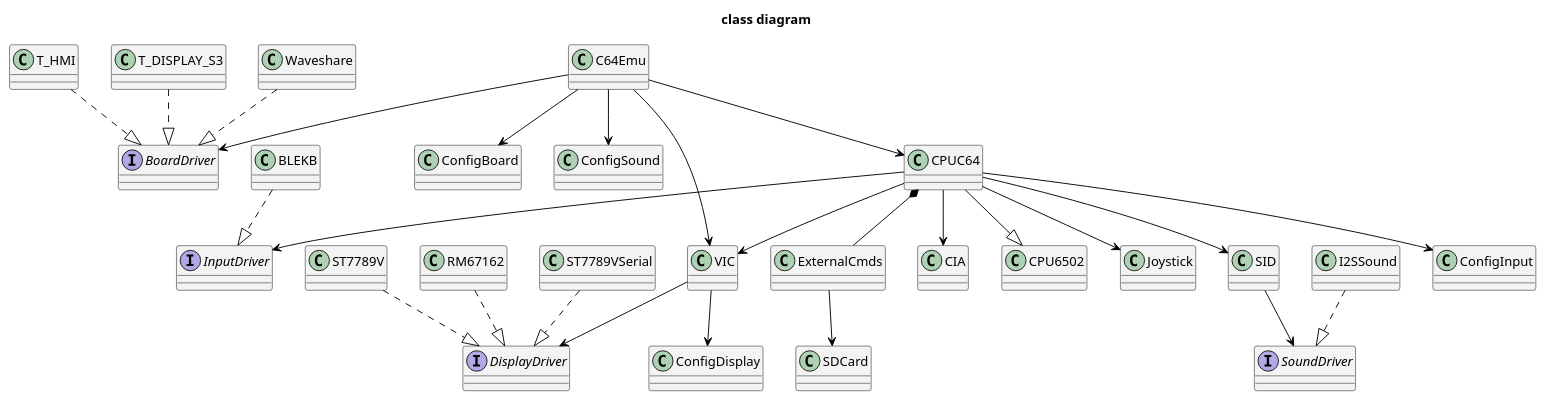
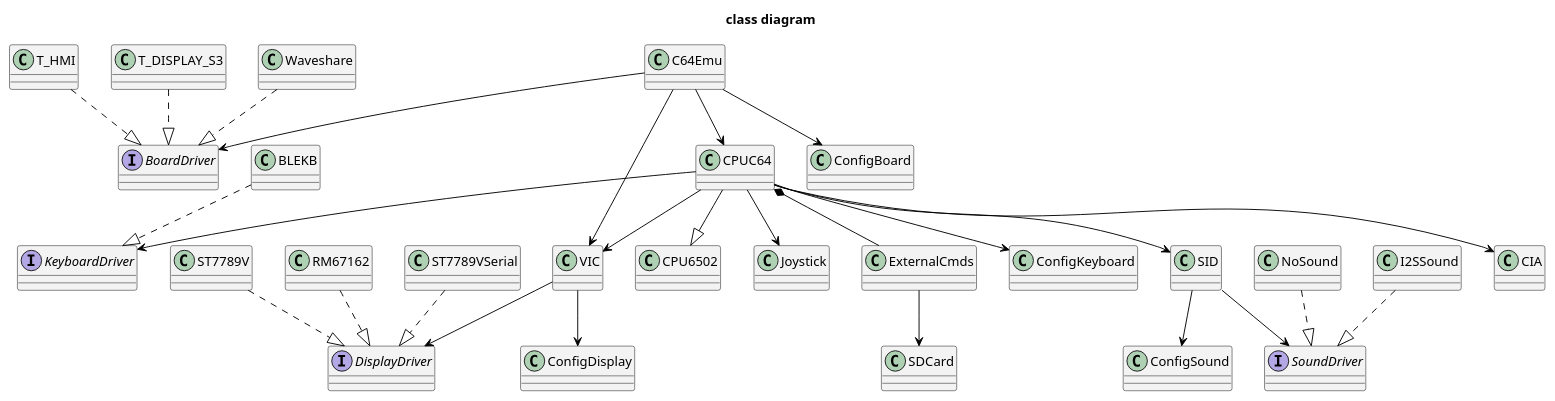
The diagram in doc/classdiagram.pu (retroelec/T-HMI-C64), drawn with PlantUML before and after one commit. The commit also changed 32 other files, not shown here.

```diff
--- a/doc/classdiagram.pu
+++ b/doc/classdiagram.pu
@@ -1,67 +1,69 @@
 @startuml
 title class diagram
 
 skinparam class {
   BackgroundColor #f3f3f3
   ArrowColor Black
   BorderColor Black
 }
 
 interface BoardDriver
 interface DisplayDriver
 interface SoundDriver
-interface InputDriver
+interface KeyboardDriver
 
 class C64Emu
 class CPUC64
 class VIC
 class T_HMI
 class T_DISPLAY_S3
 class Waveshare
 class BLEKB
 class ExternalCmds
 class CIA
 class CPU6502
 class Joystick
 class SID
 class SDCard
 class ST7789V
 class RM67162
 class ST7789VSerial
 class I2SSound
+class NoSound
 class ConfigBoard
 class ConfigDisplay
 class ConfigSound
-class ConfigInput
+class ConfigKeyboard
 
 C64Emu --> CPUC64
 C64Emu --> VIC
 C64Emu --> BoardDriver
 C64Emu --> ConfigBoard
-C64Emu --> ConfigSound
 
 T_HMI ..|> BoardDriver
 T_DISPLAY_S3 ..|> BoardDriver
 Waveshare ..|> BoardDriver
 
 CPUC64 *-- ExternalCmds
 CPUC64 --> CIA
 CPUC64 --|> CPU6502
 CPUC64 --> Joystick
 CPUC64 --> VIC
 CPUC64 --> SID
-CPUC64 --> InputDriver
-CPUC64 --> ConfigInput
+CPUC64 --> KeyboardDriver
+CPUC64 --> ConfigKeyboard
 
-BLEKB ..|> InputDriver
+BLEKB ..|> KeyboardDriver
 
 VIC --> DisplayDriver
 VIC --> ConfigDisplay
 SID --> SoundDriver
+SID --> ConfigSound
 ExternalCmds --> SDCard
 
 ST7789V ..|> DisplayDriver
 RM67162 ..|> DisplayDriver
 ST7789VSerial ..|> DisplayDriver
 I2SSound ..|> SoundDriver
+NoSound ..|> SoundDriver
 @enduml
```
